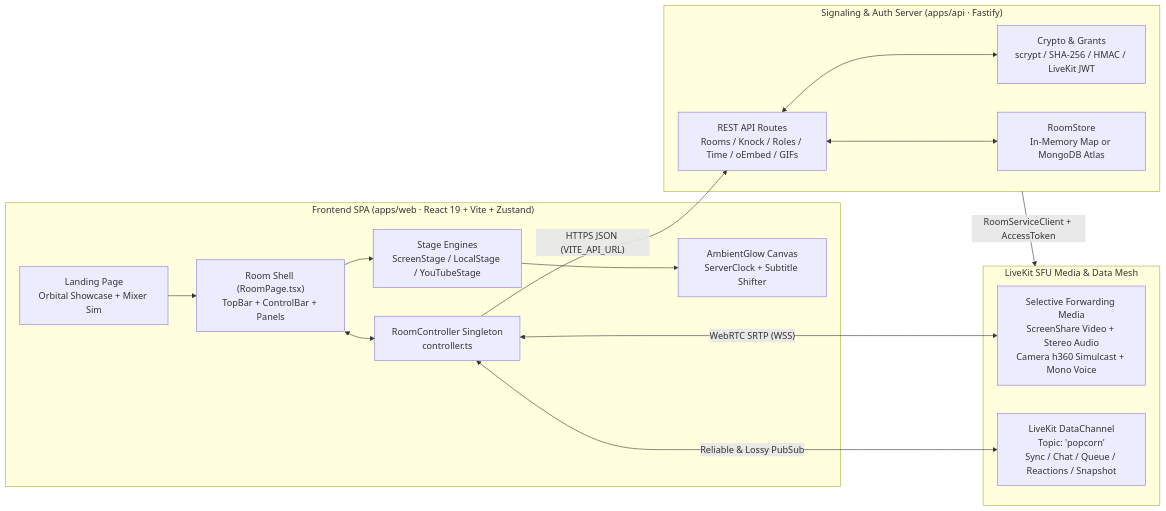
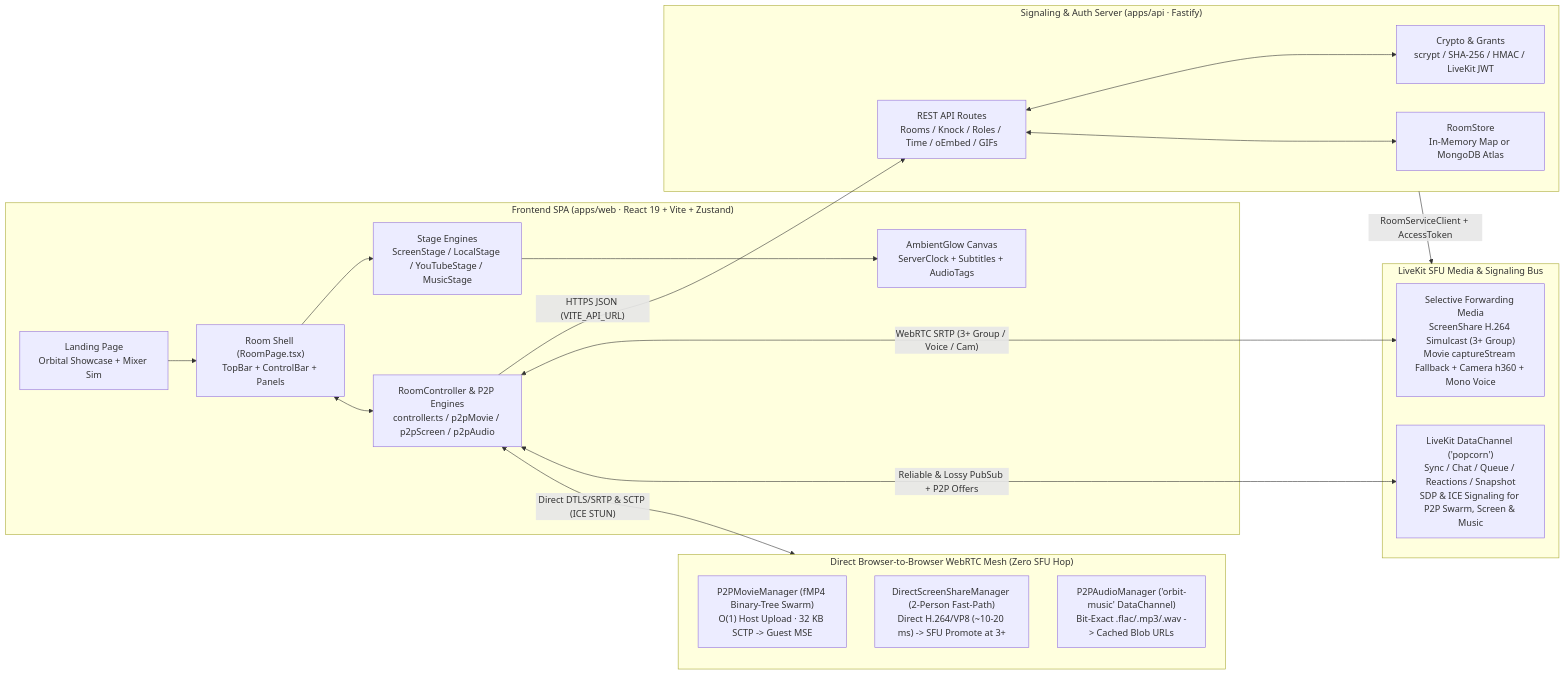
Before and after one commit to BhanuNama/Popcorn-Room: the first of 8 diagrams in README.md, drawn with Mermaid. The commit also changed other lines of this file and 1 other file, not shown here.

Commit message:
Add P2P Swarm, 2-way/Simulcast screen share & Music Lounge to landing page and README

````diff
--- a/README.md
+++ b/README.md
@@ -81,31 +84,38 @@
 ```mermaid
 flowchart LR
     subgraph Web["Frontend SPA (apps/web · React 19 + Vite + Zustand)"]
         Landing["Landing Page\nOrbital Showcase + Mixer Sim"]
         Room["Room Shell (RoomPage.tsx)\nTopBar + ControlBar + Panels"]
-        Stages["Stage Engines\nScreenStage / LocalStage / YouTubeStage"]
-        Fx["AmbientGlow Canvas\nServerClock + Subtitle Shifter"]
-        Ctrl["RoomController Singleton\ncontroller.ts"]
+        Stages["Stage Engines\nScreenStage / LocalStage / YouTubeStage / MusicStage"]
+        Fx["AmbientGlow Canvas\nServerClock + Subtitles + AudioTags"]
+        Ctrl["RoomController & P2P Engines\ncontroller.ts / p2pMovie / p2pScreen / p2pAudio"]
         Landing --> Room
         Room --> Stages --> Fx
         Room <--> Ctrl
     end
 
     subgraph Api["Signaling & Auth Server (apps/api · Fastify)"]
         Rest["REST API Routes\nRooms / Knock / Roles / Time / oEmbed / GIFs"]
         Sec["Crypto & Grants\nscrypt / SHA-256 / HMAC / LiveKit JWT"]
         Store["RoomStore\nIn-Memory Map or MongoDB Atlas"]
         Rest <--> Sec
         Rest <--> Store
     end
 
-    subgraph Media["LiveKit SFU Media & Data Mesh"]
-        Tracks["Selective Forwarding Media\nScreenShare Video + Stereo Audio\nCamera h360 Simulcast + Mono Voice"]
-        Data["LiveKit DataChannel\nTopic: 'popcorn'\nSync / Chat / Queue / Reactions / Snapshot"]
+    subgraph Media["LiveKit SFU Media & Signaling Bus"]
+        Tracks["Selective Forwarding Media\nScreenShare H.264 Simulcast (3+ Group)\nMovie captureStream Fallback + Camera h360 + Mono Voice"]
+        Data["LiveKit DataChannel ('popcorn')\nSync / Chat / Queue / Reactions / Snapshot\nSDP & ICE Signaling for P2P Swarm, Screen & Music"]
+    end
+
+    subgraph P2P["Direct Browser-to-Browser WebRTC Mesh (Zero SFU Hop)"]
+        P2PMov["P2PMovieManager (fMP4 Binary-Tree Swarm)\nO(1) Host Upload · 32 KB SCTP -> Guest MSE"]
+        P2PScr["DirectScreenShareManager (2-Person Fast-Path)\nDirect H.264/VP8 (~10-20 ms) -> SFU Promote at 3+"]
+        P2PMus["P2PAudioManager ('orbit-music' DataChannel)\nBit-Exact .flac/.mp3/.wav -> Cached Blob URLs"]
     end
 
     Ctrl -- "HTTPS JSON (VITE_API_URL)" --> Rest
     Api -- "RoomServiceClient + AccessToken" --> Media
-    Ctrl <-- "WebRTC SRTP (WSS)" --> Tracks
-    Ctrl <-- "Reliable & Lossy PubSub" --> Data
+    Ctrl <-- "WebRTC SRTP (3+ Group / Voice / Cam)" --> Tracks
+    Ctrl <-- "Reliable & Lossy PubSub + P2P Offers" --> Data
+    Ctrl <-- "Direct DTLS/SRTP & SCTP (ICE STUN)" --> P2P
 ```
````
